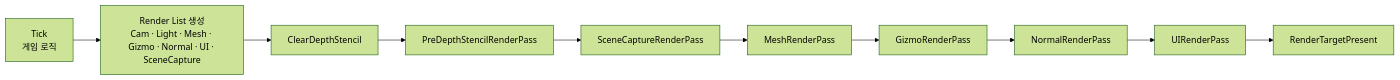
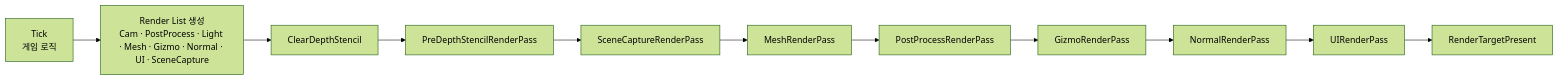
One commit to Gat-Young/ForestPearlEngine changed the sixth of 28 diagrams in README.md. Above: the diagram before and after it, drawn with Mermaid (forest theme). The commit also changed other lines of this file, not shown here.

````diff
--- a/README.md
+++ b/README.md
@@ -658,12 +665,13 @@
 ```mermaid
 flowchart LR
-    T["Tick<br/>게임 로직"] --> L["Render List 생성<br/>Cam · Light · Mesh · Gizmo · Normal · UI · SceneCapture"]
+    T["Tick<br/>게임 로직"] --> L["Render List 생성<br/>Cam · PostProcess · Light · Mesh · Gizmo · Normal · UI · SceneCapture"]
     L --> C["ClearDepthStencil"]
     C --> PD["PreDepthStencilRenderPass"]
     PD --> SC["SceneCaptureRenderPass"]
     SC --> P1["MeshRenderPass"]
-    P1 --> P2["GizmoRenderPass"]
+    P1 --> PP["PostProcessRenderPass"]
+    PP --> P2["GizmoRenderPass"]
     P2 --> PN["NormalRenderPass"]
     PN --> P3["UIRenderPass"]
     P3 --> PR["RenderTargetPresent"]
 ```
````
